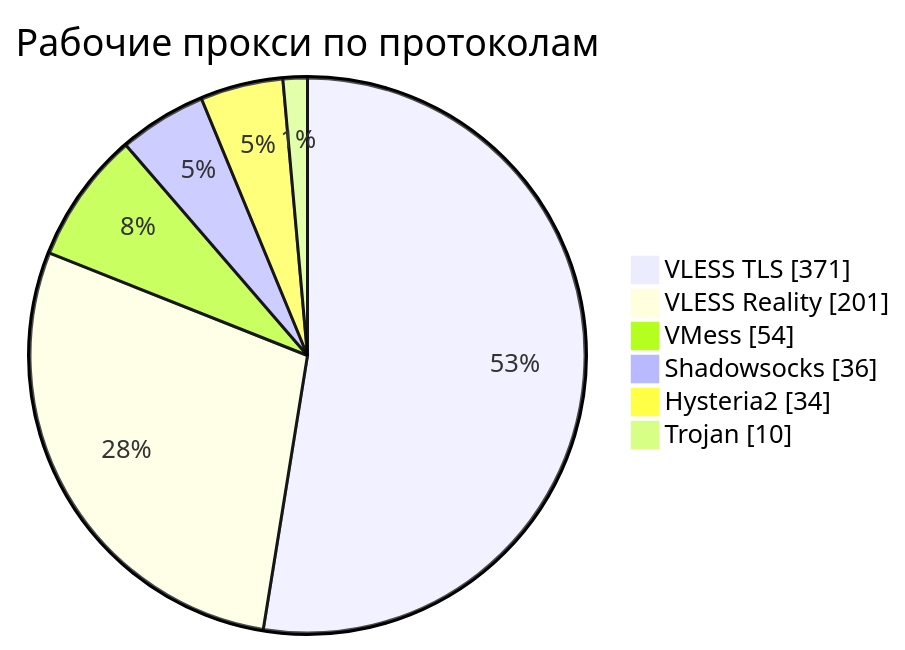
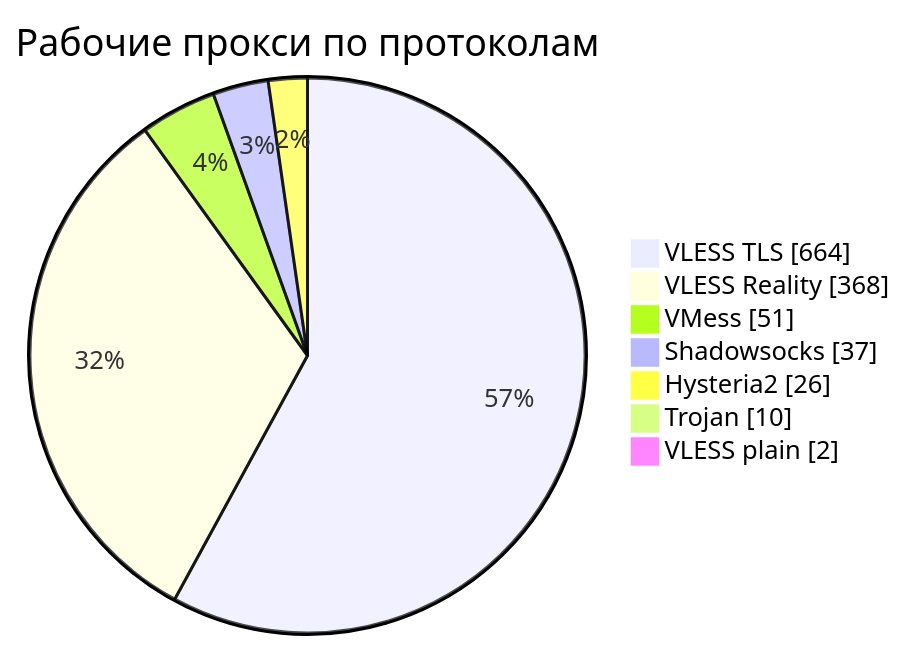
Before and after one commit to rvvg/proxy-subs: the third of 4 diagrams in README.md, drawn with Mermaid. The commit also changed other lines of this file and 49 other files, not shown here.

````diff
--- a/README.md
+++ b/README.md
@@ -136,10 +137,11 @@
 ```mermaid
 pie showData
     title Рабочие прокси по протоколам
-    "VLESS TLS" : 371
-    "VLESS Reality" : 201
-    "VMess" : 54
-    "Shadowsocks" : 36
-    "Hysteria2" : 34
+    "VLESS TLS" : 664
+    "VLESS Reality" : 368
+    "VMess" : 51
+    "Shadowsocks" : 37
+    "Hysteria2" : 26
     "Trojan" : 10
+    "VLESS plain" : 2
 ```
````
